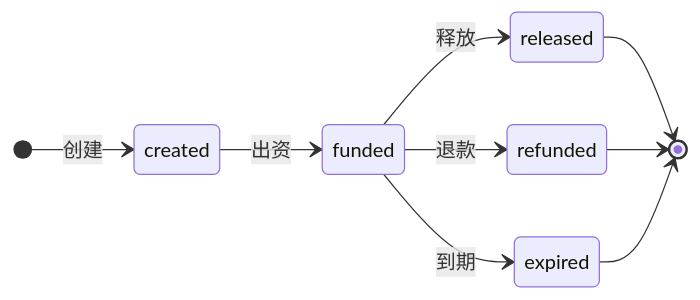
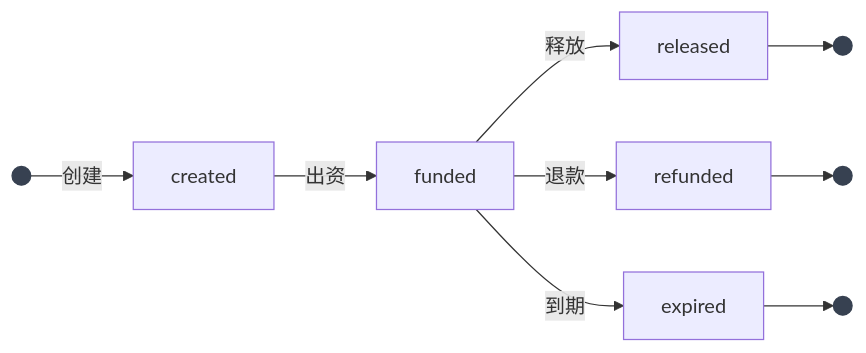
One commit to claw-network/clawnet changed the third of 3 diagrams in packages/docs/content/docs/getting-started/core-concepts/wallet.zh.md. Above: the diagram before and after it, drawn with Mermaid. The commit also changed 1 other file, not shown here.

Commit message:
refactor: update escrow state machine diagrams for clarity and consistency

````diff
--- a/packages/docs/content/docs/getting-started/core-concepts/wallet.zh.md
+++ b/packages/docs/content/docs/getting-started/core-concepts/wallet.zh.md
@@ -102,12 +102,15 @@
 ```mermaid
-stateDiagram-v2
-    direction LR
-    [*] --> created : 创建
-    created --> funded : 出资
-    funded --> released : 释放
-    funded --> refunded : 退款
-    funded --> expired : 到期
-    released --> [*]
-    refunded --> [*]
-    expired --> [*]
+flowchart LR
+    S(( )) -->|创建| created
+    created -->|出资| funded
+    funded -->|释放| released
+    funded -->|退款| refunded
+    funded -->|到期| expired
+    released --> E1(( ))
+    refunded --> E2(( ))
+    expired --> E3(( ))
+    style S fill:#374151,stroke:#374151,color:#374151
+    style E1 fill:#374151,stroke:#374151,color:#374151
+    style E2 fill:#374151,stroke:#374151,color:#374151
+    style E3 fill:#374151,stroke:#374151,color:#374151
 ```
````
